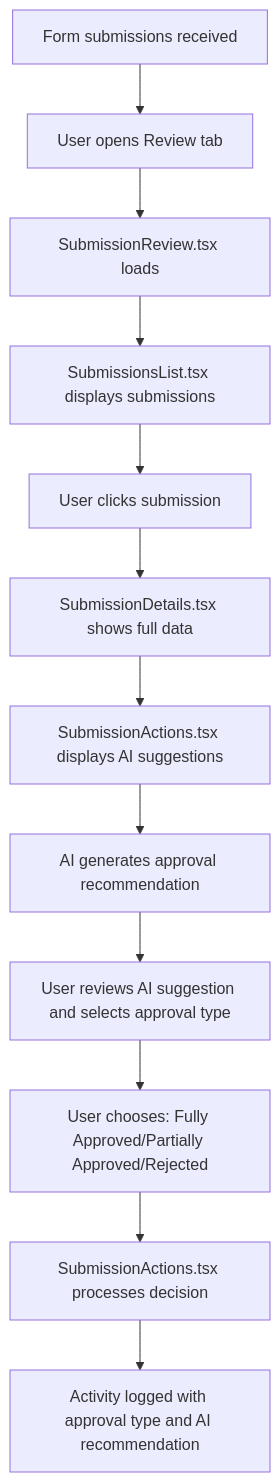
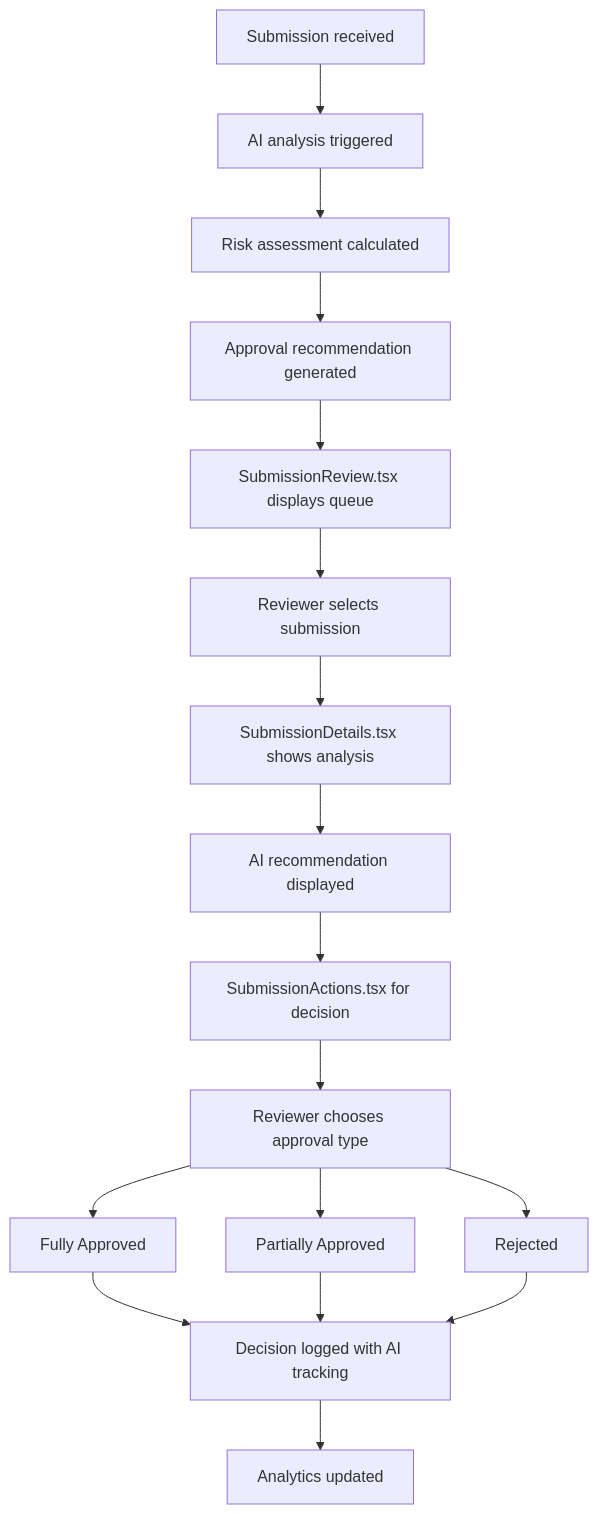
Before and after one commit to solidrange/solidrange-form-flow: the fifth of 9 diagrams in Resources/FILE_STRUCTURE_AND_FLOW.md, drawn with Mermaid. The commit also changed other lines of this file and 6 other files, not shown here.

````diff
--- a/Resources/FILE_STRUCTURE_AND_FLOW.md
+++ b/Resources/FILE_STRUCTURE_AND_FLOW.md
@@ -234,14 +335,19 @@
 ```mermaid
 flowchart TD
-    A["Form submissions received"] --> B["User opens Review tab"]
-    B --> C["SubmissionReview.tsx loads"]
-    C --> D["SubmissionsList.tsx displays submissions"]
-    D --> E["User clicks submission"]
-    E --> F["SubmissionDetails.tsx shows full data"]
-    F --> G["SubmissionActions.tsx displays AI suggestions"]
-    G --> H["AI generates approval recommendation"]
-    H --> I["User reviews AI suggestion and selects approval type"]
-    I --> J["User chooses: Fully Approved/Partially Approved/Rejected"]
-    J --> K["SubmissionActions.tsx processes decision"]
-    K --> L["Activity logged with approval type and AI recommendation"]
+    A["Submission received"] --> B["AI analysis triggered"]
+    B --> C["Risk assessment calculated"]
+    C --> D["Approval recommendation generated"]
+    D --> E["SubmissionReview.tsx displays queue"]
+    E --> F["Reviewer selects submission"]
+    F --> G["SubmissionDetails.tsx shows analysis"]
+    G --> H["AI recommendation displayed"]
+    H --> I["SubmissionActions.tsx for decision"]
+    I --> J["Reviewer chooses approval type"]
+    J --> K["Fully Approved"]
+    J --> L["Partially Approved"]
+    J --> M["Rejected"]
+    K --> N["Decision logged with AI tracking"]
+    L --> N
+    M --> N
+    N --> O["Analytics updated"]
 ```
````
